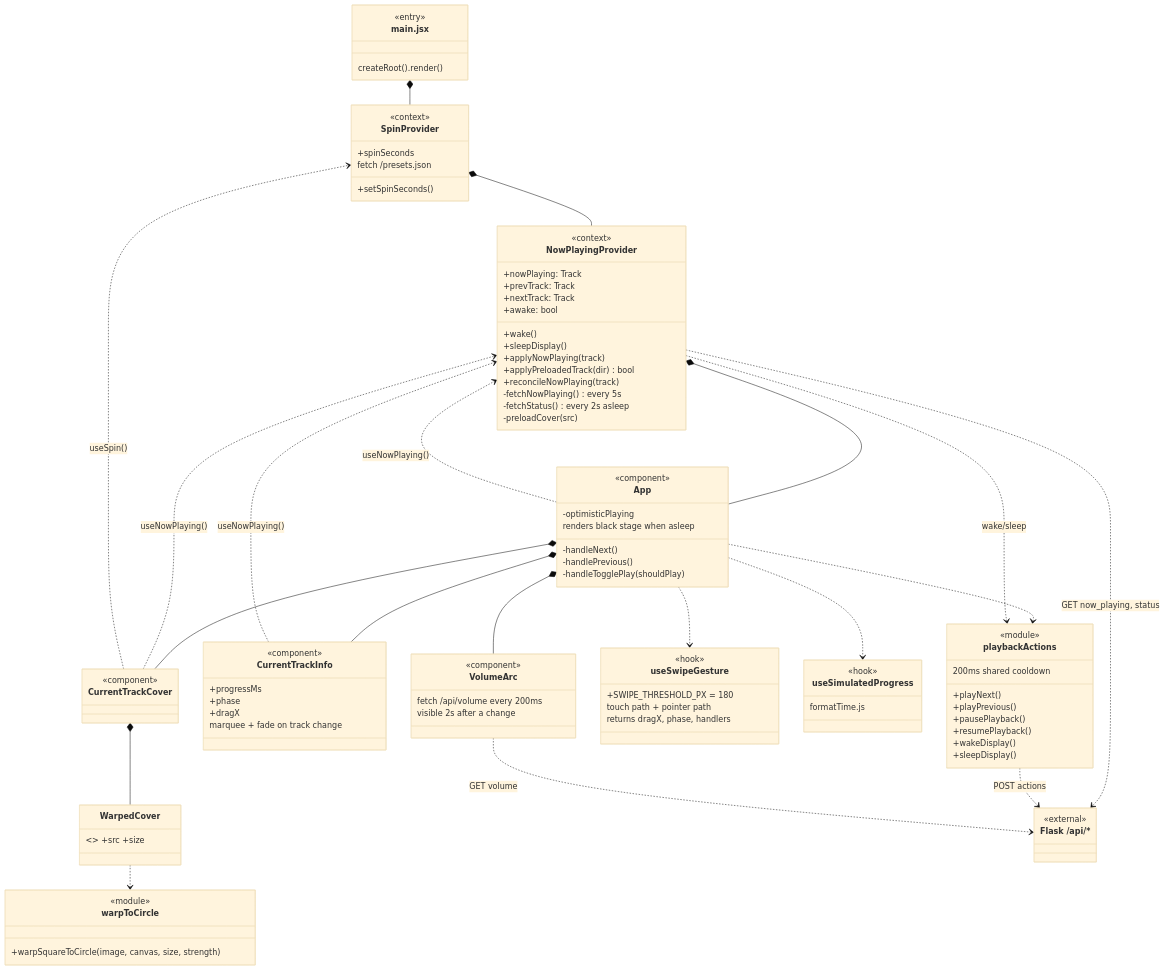
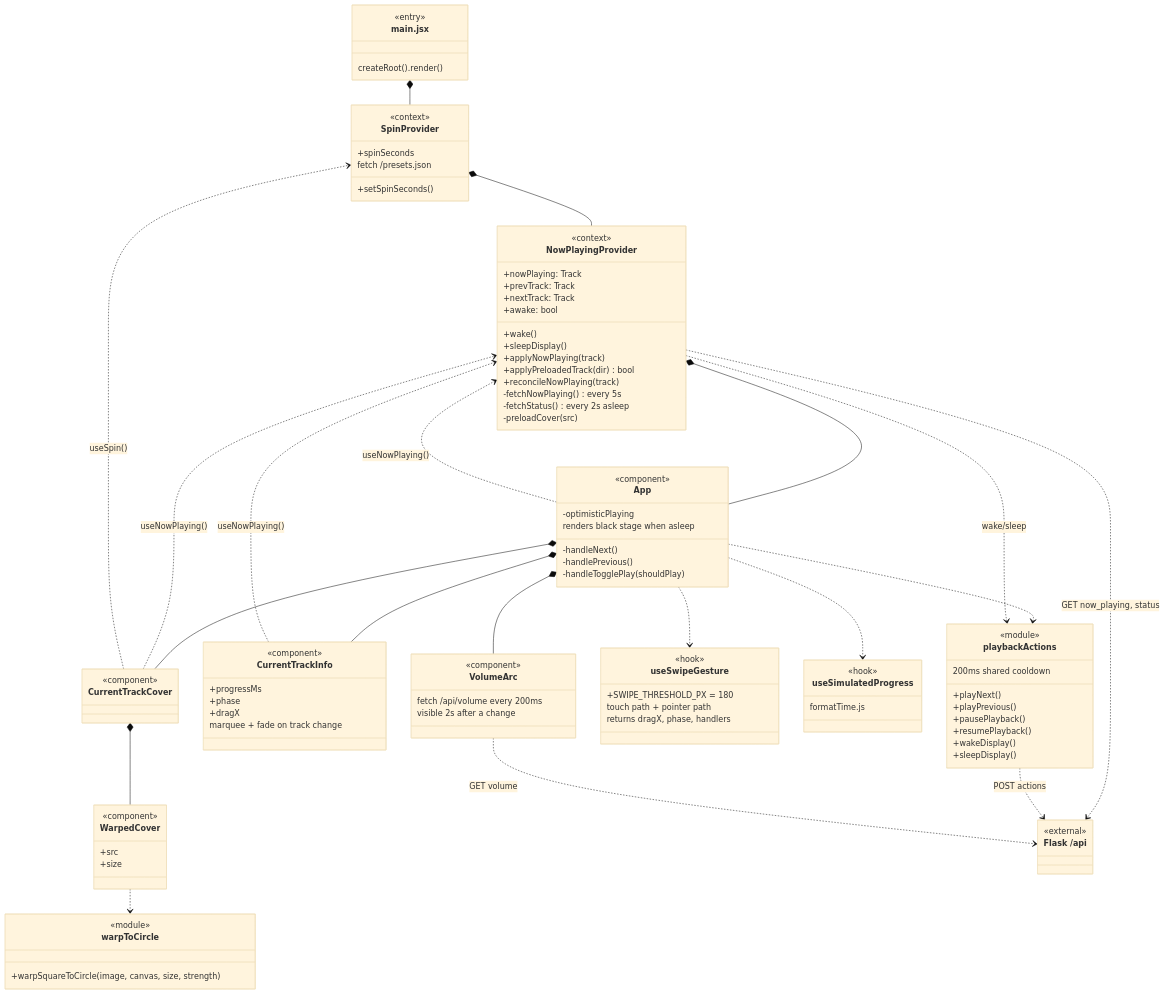
Before and after one commit to ryan01989/spotifyHome: the third of 5 diagrams in ARCHITECTURE.md, drawn with Mermaid (base theme). The commit also changed other lines of this file and 1 other file, not shown here.

Commit message:
Updated outdated motor control attributes

```diff
--- a/ARCHITECTURE.md
+++ b/ARCHITECTURE.md
@@ -271,8 +271,14 @@
     renders black stage when asleep
   }
 
-  class CurrentTrackCover { <<component>> }
-  class WarpedCover { <<component>> +src +size }
+  class CurrentTrackCover {
+    <<component>>
+  }
+  class WarpedCover {
+    <<component>>
+    +src
+    +size
+  }
   class CurrentTrackInfo {
     <<component>>
     +progressMs
@@ -311,7 +317,9 @@
     +warpSquareToCircle(image, canvas, size, strength)
   }
 
-  class API["Flask /api/*"] { <<external>> }
+  class API["Flask /api"] {
+    <<external>>
+  }
 
   main *-- SpinProvider
   SpinProvider *-- NowPlayingProvider
```
